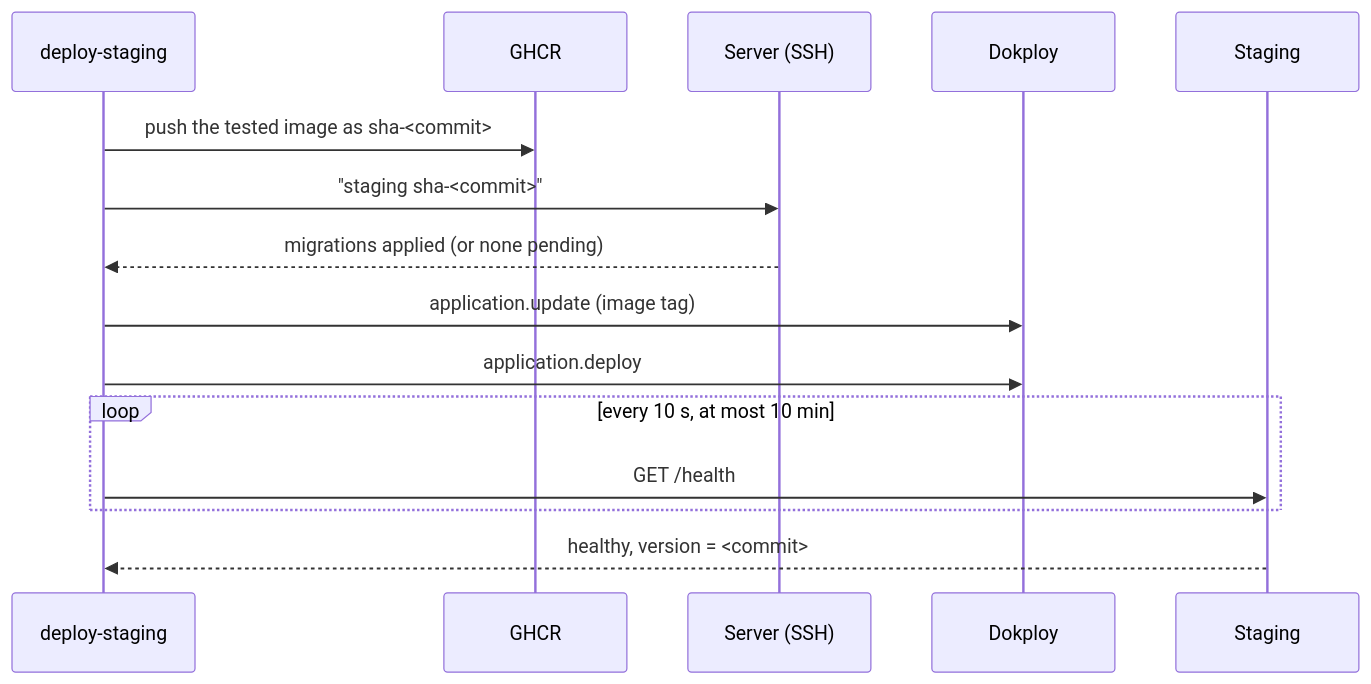
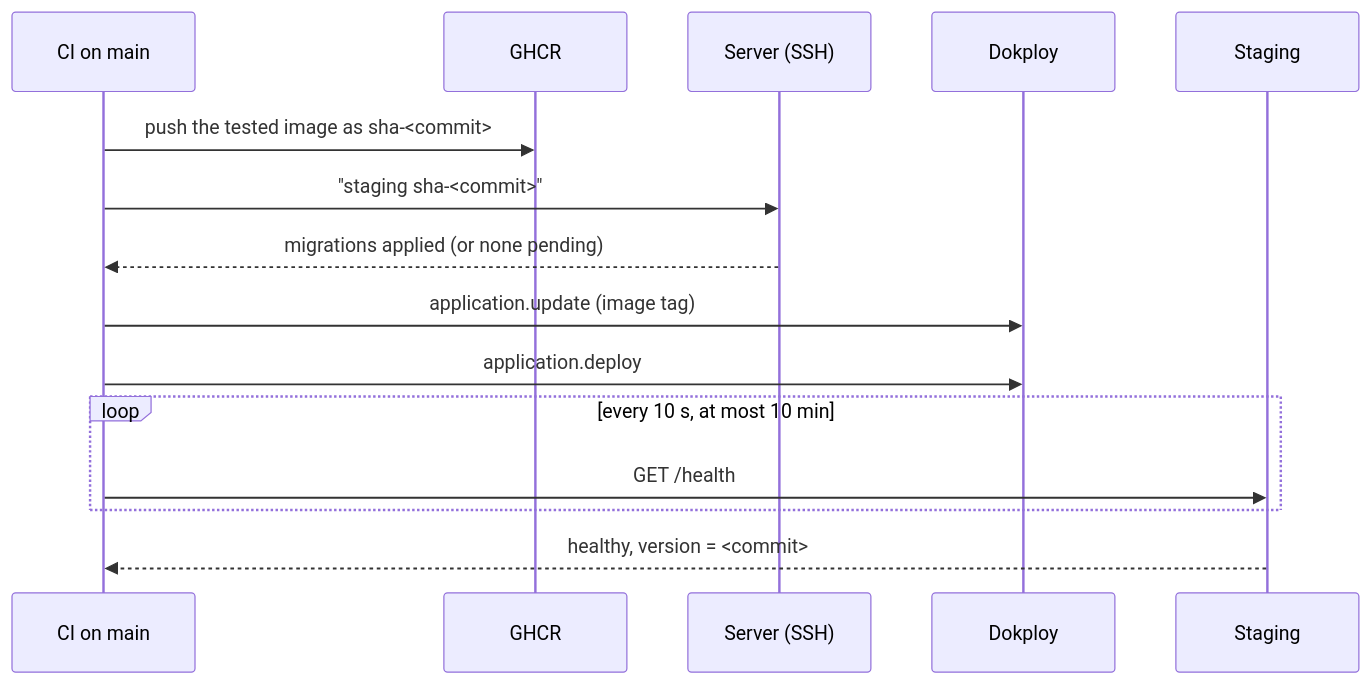
The second of 3 diagrams in docs/deployment.md (fekko-dev/musialize), drawn with Mermaid before and after one commit. The commit also changed other lines of this file, not shown here.

Commit message:
docs: name the right job in the staging diagram and the release recovery
The image push moved from deploy-staging to push-image, so the diagram
names CI instead of one job. Recovering a release whose image is
missing re-runs an older commit's CI, which also takes staging back to
that commit; the maintainer should know before doing it.

````diff
--- a/docs/deployment.md
+++ b/docs/deployment.md
@@ -169,17 +169,17 @@
 ```mermaid
 sequenceDiagram
-    participant CI as deploy-staging
+    participant CI as CI on main
     participant GHCR
     participant Server as Server (SSH)
     participant Dokploy
     participant App as Staging
     CI->>GHCR: push the tested image as sha-<commit>
     CI->>Server: "staging sha-<commit>"
     Server-->>CI: migrations applied (or none pending)
     CI->>Dokploy: application.update (image tag)
     CI->>Dokploy: application.deploy
     loop every 10 s, at most 10 min
         CI->>App: GET /health
     end
     App-->>CI: healthy, version = <commit>
 ```
````
